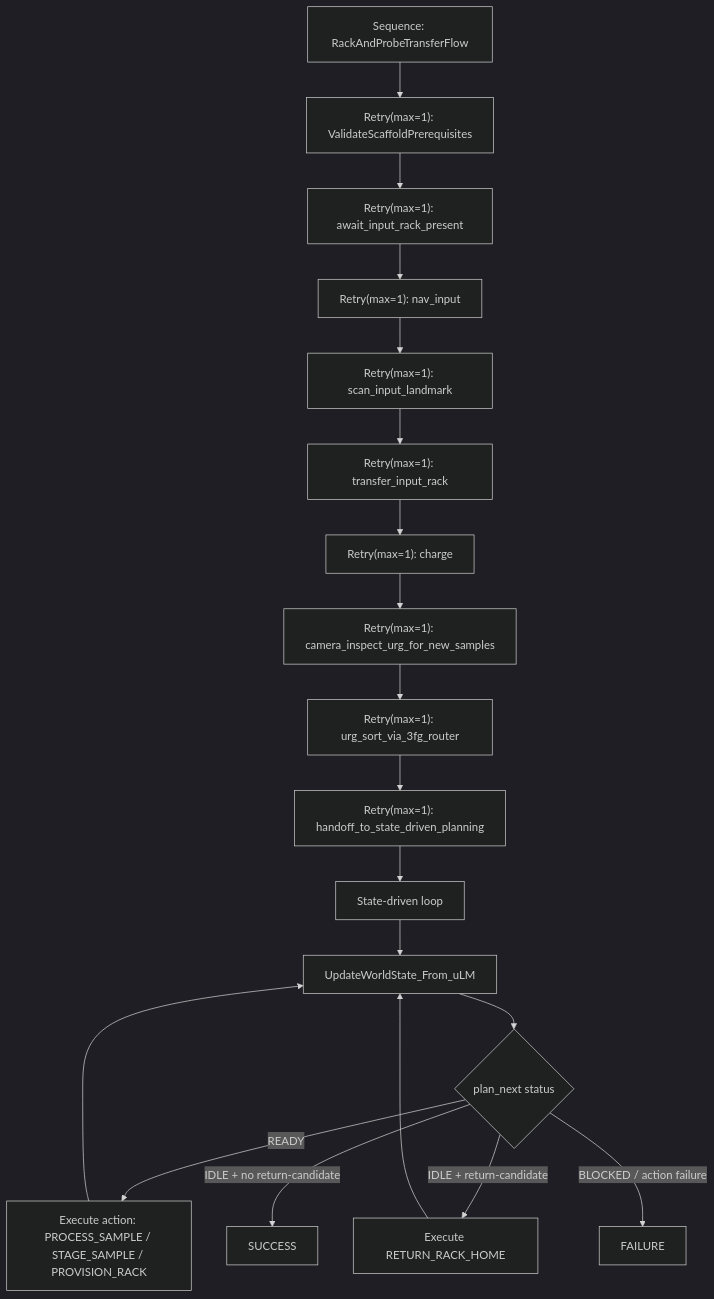
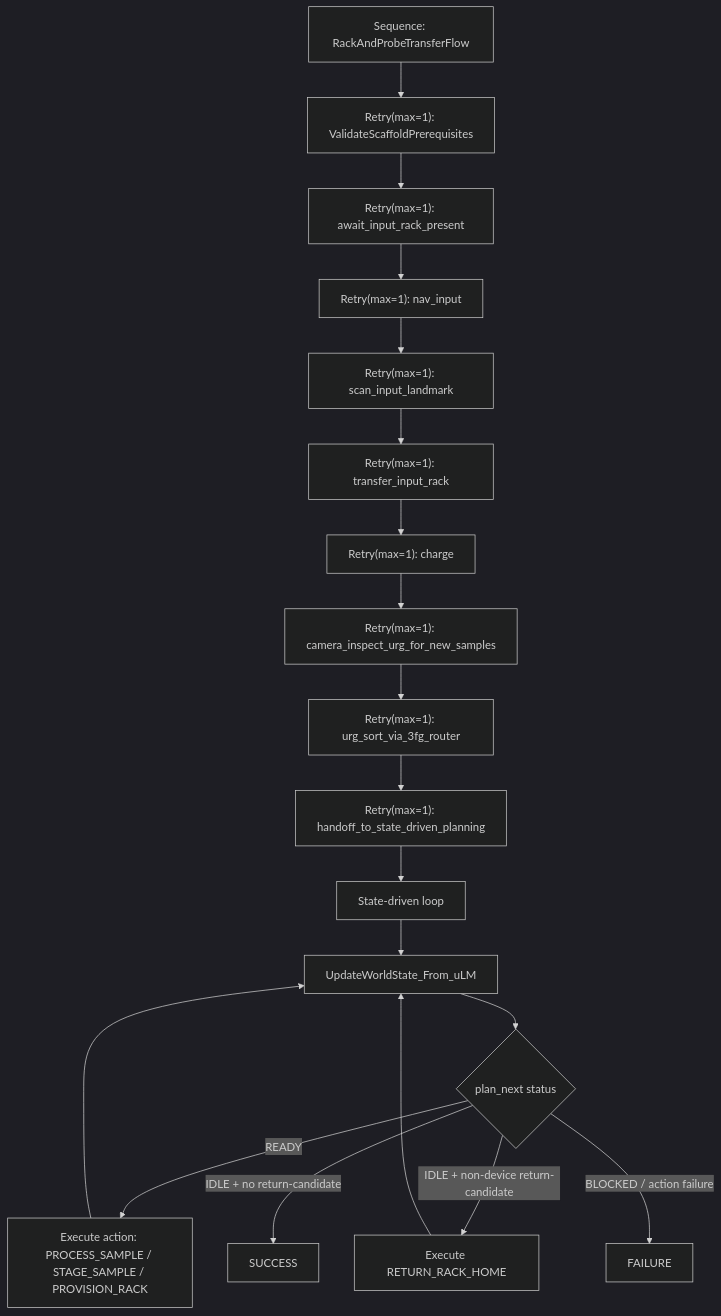
Before and after one commit to GDimitrieski/uGO-Brain: the diagram in docs/bt_tree_mermaid_current.mmd, drawn with Mermaid (dark theme). The commit also changed 16 other files, not shown here.

```diff
--- a/docs/bt_tree_mermaid_current.mmd
+++ b/docs/bt_tree_mermaid_current.mmd
@@ -1,22 +1,22 @@
 flowchart TD
     A["Sequence: RackAndProbeTransferFlow"]
     A --> B["Retry(max=1): ValidateScaffoldPrerequisites"]
 
     B --> S1["Retry(max=1): await_input_rack_present"]
     S1 --> S2["Retry(max=1): nav_input"]
     S2 --> S3["Retry(max=1): scan_input_landmark"]
     S3 --> S4["Retry(max=1): transfer_input_rack"]
     S4 --> S5["Retry(max=1): charge"]
     S5 --> S6["Retry(max=1): camera_inspect_urg_for_new_samples"]
     S6 --> S7["Retry(max=1): urg_sort_via_3fg_router"]
     S7 --> S8["Retry(max=1): handoff_to_state_driven_planning"]
 
     S8 --> L["State-driven loop"]
     L --> U["UpdateWorldState_From_uLM"]
     U --> P{"plan_next status"}
     P -->|READY| X["Execute action: PROCESS_SAMPLE / STAGE_SAMPLE / PROVISION_RACK"]
     X --> U
-    P -->|IDLE + return-candidate| R["Execute RETURN_RACK_HOME"]
+    P -->|IDLE + non-device return-candidate| R["Execute RETURN_RACK_HOME"]
     R --> U
     P -->|IDLE + no return-candidate| OK["SUCCESS"]
     P -->|BLOCKED / action failure| FAIL["FAILURE"]
```
